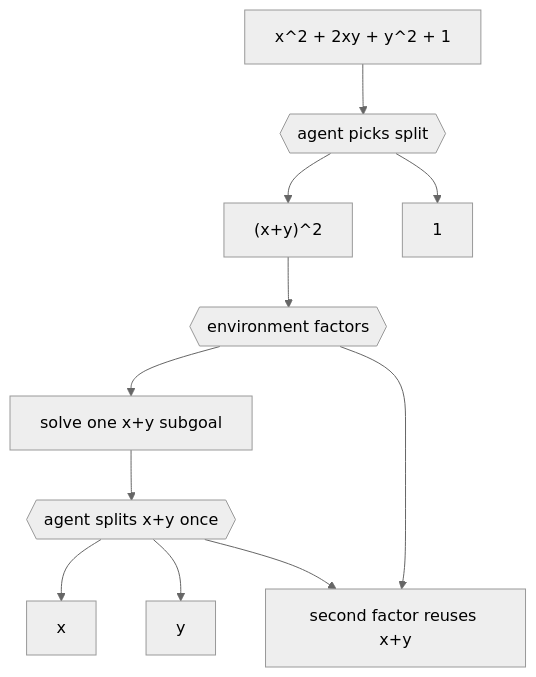
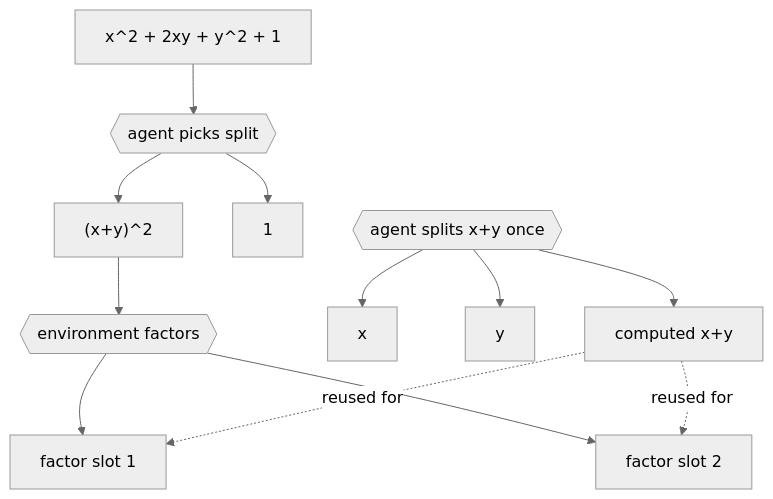
The second of 2 diagrams in README.md (uw-math-ai/PolyArithmeticCircuitsRL), drawn with Mermaid (neutral theme) before and after one commit.

Commit message:
docs: simplify split-point reuse diagram
Agent-Logs-Url: https://github.com/uw-math-ai/PolyArithmeticCircuitsRL/sessions/dae14eb3-8823-47ff-b1c9-b864d5a88c33

````diff
--- a/README.md
+++ b/README.md
@@ -141,13 +141,14 @@
 ```mermaid
 flowchart TD
     f2["x^2 + 2xy + y^2 + 1"] --> s2{{agent picks split}}
     s2 --> sq["(x+y)^2"]
     s2 --> one["1"]
     sq --> ef2{{environment factors}}
-    ef2 --> sum1["solve one x+y subgoal"]
-    ef2 --> sum2["second factor reuses x+y"]
-    sum1 --> s3{{agent splits x+y once}}
-    s3 --> x["x"]
+    ef2 --> slot1["factor slot 1"]
+    ef2 --> slot2["factor slot 2"]
+    s3{{agent splits x+y once}} --> x["x"]
     s3 --> y["y"]
-    s3 --> sum2
+    s3 --> xyres["computed x+y"]
+    xyres -. reused for .-> slot1
+    xyres -. reused for .-> slot2
 ```
````
